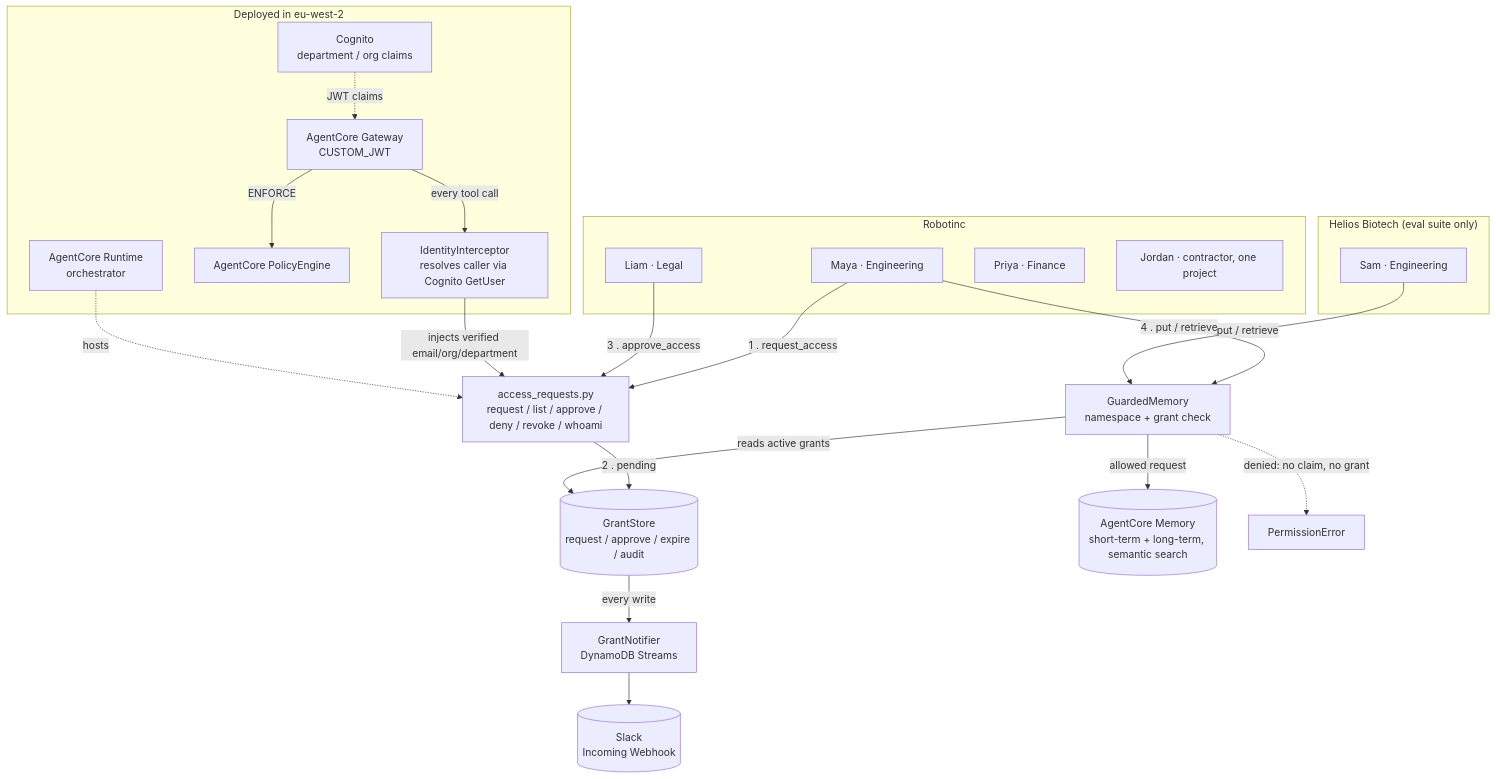
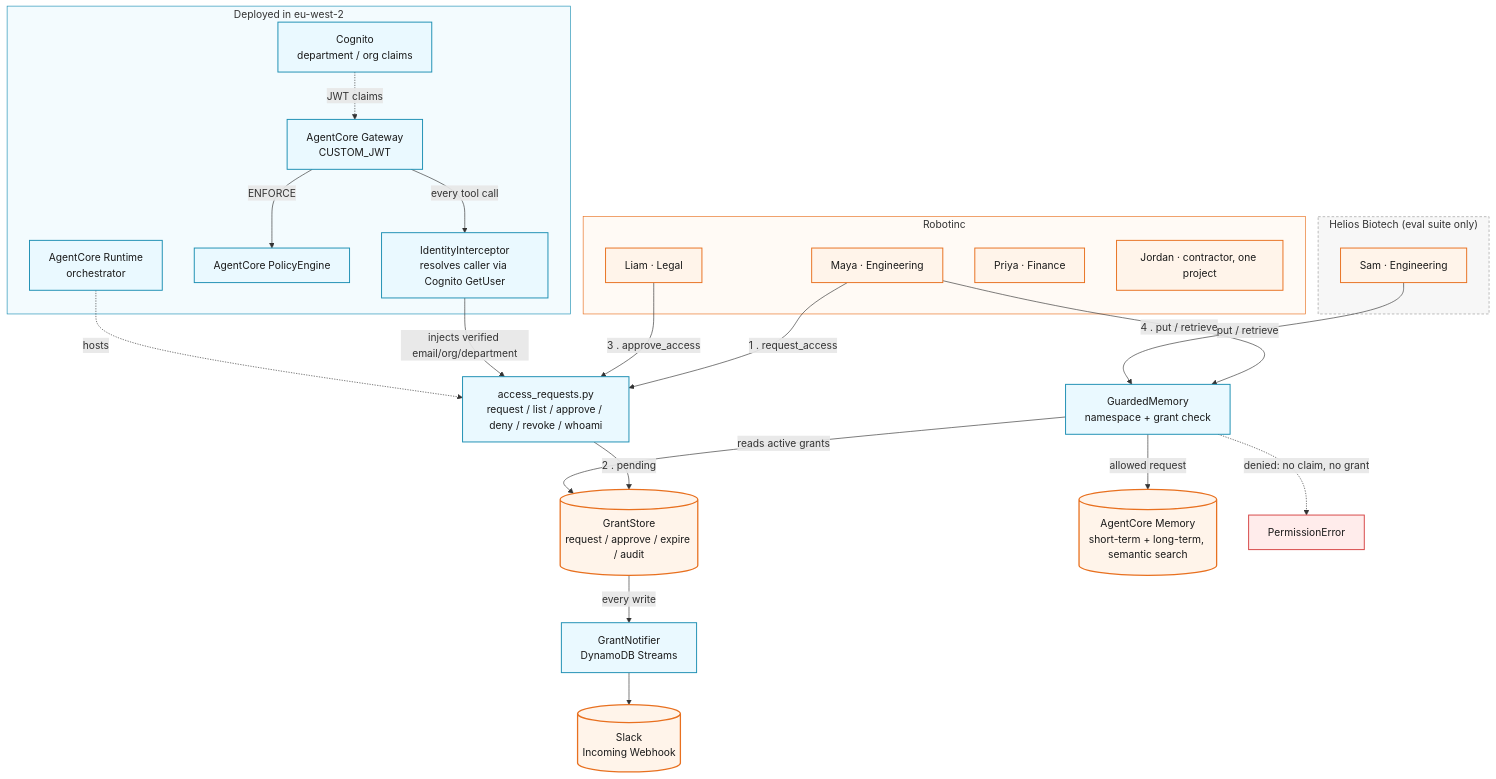
The diagram in README.md (jakesky45/memory-visa), drawn with Mermaid before and after one commit.

Commit message:
Brand the architecture diagram instead of leaving Mermaid's default palette
GitHub was rendering it in Mermaid's plain pastel yellow/lavender theme,
unrelated to the project's actual amber/cyan identity. Added classDef
styling for actors/services/stores/deny paths and subgraph fills using
the project's accent colors, same nodes and edges throughout.

````diff
--- a/README.md
+++ b/README.md
@@ -20,39 +20,53 @@
 ```mermaid
 flowchart TB
     subgraph Robotinc["Robotinc"]
         Maya["Maya · Engineering"]
         Liam["Liam · Legal"]
         Priya["Priya · Finance"]
         Jordan["Jordan · contractor, one project"]
     end
     subgraph Helios["Helios Biotech (eval suite only)"]
         Sam["Sam · Engineering"]
     end
 
     Maya -- "1 . request_access" --> Access["access_requests.py\nrequest / list / approve / deny / revoke / whoami"]
     Access -- "2 . pending" --> Grants[("GrantStore\nrequest / approve / expire / audit")]
     Liam -- "3 . approve_access" --> Access
     Grants -- "every write" --> Notifier["GrantNotifier\nDynamoDB Streams"]
     Notifier --> Slack[("Slack\nIncoming Webhook")]
 
     Maya -- "4 . put / retrieve" --> Gate["GuardedMemory\nnamespace + grant check"]
     Gate -- "reads active grants" --> Grants
     Gate -- "allowed request" --> AgentMem[("AgentCore Memory\nshort-term + long-term, semantic search")]
 
     Gate -. "denied: no claim, no grant" .-> Deny["PermissionError"]
 
     Sam -- "put / retrieve" --> Gate
 
     subgraph AWS["Deployed in eu-west-2"]
         Cognito["Cognito\ndepartment / org claims"]
         Interceptor["IdentityInterceptor\nresolves caller via Cognito GetUser"]
         PolicyEngine["AgentCore PolicyEngine"]
         Gateway["AgentCore Gateway\nCUSTOM_JWT"]
         Runtime["AgentCore Runtime\norchestrator"]
     end
     Cognito -. "JWT claims" .-> Gateway
     Gateway -- "every tool call" --> Interceptor
     Interceptor -- "injects verified email/org/department" --> Access
     Gateway -- "ENFORCE" --> PolicyEngine
     Runtime -. "hosts" .-> Access
+
+    classDef actor fill:#fff4ea,stroke:#e8701f,stroke-width:1.5px,color:#1a1a1a;
+    classDef service fill:#eaf9ff,stroke:#1d8fb3,stroke-width:1.5px,color:#1a1a1a;
+    classDef store fill:#fff4ea,stroke:#e8701f,stroke-width:2px,color:#1a1a1a;
+    classDef deny fill:#ffeceb,stroke:#d64545,stroke-width:1.5px,color:#1a1a1a;
+
+    class Maya,Liam,Priya,Jordan,Sam actor;
+    class Access,Gate,Notifier,Cognito,Interceptor,PolicyEngine,Gateway,Runtime service;
+    class Grants,AgentMem,Slack store;
+    class Deny deny;
+
+    style Robotinc fill:#fffaf5,stroke:#e8701f,stroke-width:1px;
+    style Helios fill:#f7f7f7,stroke:#999999,stroke-width:1px,stroke-dasharray: 4 3;
+    style AWS fill:#f3fbfe,stroke:#1d8fb3,stroke-width:1px;
 ```
````
